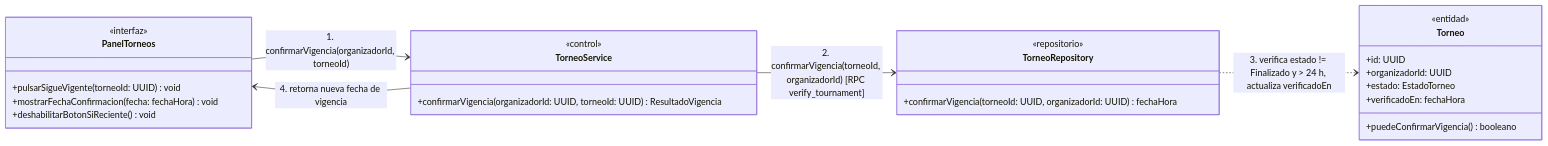
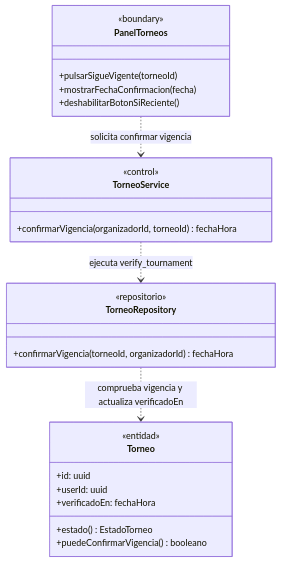
Before and after one commit to nicqletal/torneos-scraper: the fifth of 8 diagrams in docs/diagramas-de-clase/organizador.md, drawn with Mermaid. The commit also changed other lines of this file and 12 other files, not shown here.

Commit message:
Correcion Diagramas de Clase

````diff
--- a/docs/diagramas-de-clase/organizador.md
+++ b/docs/diagramas-de-clase/organizador.md
@@ -351,35 +321,29 @@
 ```mermaid
 classDiagram
-    direction LR
-
-    class PanelTorneos {
-        <<interfaz>>
-        +pulsarSigueVigente(torneoId: UUID) void
-        +mostrarFechaConfirmacion(fecha: fechaHora) void
-        +deshabilitarBotonSiReciente() void
-    }
-
-    class TorneoService {
-        <<control>>
-        +confirmarVigencia(organizadorId: UUID, torneoId: UUID) ResultadoVigencia
-    }
-
-    class TorneoRepository {
-        <<repositorio>>
-        +confirmarVigencia(torneoId: UUID, organizadorId: UUID) fechaHora
-    }
-
-    class Torneo {
-        <<entidad>>
-        +id: UUID
-        +organizadorId: UUID
-        +estado: EstadoTorneo
-        +verificadoEn: fechaHora
-        +puedeConfirmarVigencia() booleano
-    }
-
-    PanelTorneos --> TorneoService : 1. confirmarVigencia(organizadorId, torneoId)
-    TorneoService --> TorneoRepository : 2. confirmarVigencia(torneoId, organizadorId) [RPC verify_tournament]
-    TorneoRepository ..> Torneo : 3. verifica estado != Finalizado y > 24 h, actualiza verificadoEn
-    TorneoService --> PanelTorneos : 4. retorna nueva fecha de vigencia
+direction TB
+class PanelTorneos {
+  <<boundary>>
+  +pulsarSigueVigente(torneoId)
+  +mostrarFechaConfirmacion(fecha)
+  +deshabilitarBotonSiReciente()
+}
+class TorneoService {
+  <<control>>
+  +confirmarVigencia(organizadorId, torneoId) fechaHora
+}
+class TorneoRepository {
+  <<repositorio>>
+  +confirmarVigencia(torneoId, organizadorId) fechaHora
+}
+class Torneo {
+  <<entidad>>
+  +id: uuid
+  +userId: uuid
+  +verificadoEn: fechaHora
+  +estado() EstadoTorneo
+  +puedeConfirmarVigencia() booleano
+}
+PanelTorneos ..> TorneoService : solicita confirmar vigencia
+TorneoService ..> TorneoRepository : ejecuta verify_tournament
+TorneoRepository ..> Torneo : comprueba vigencia y actualiza verificadoEn
 ```
````
